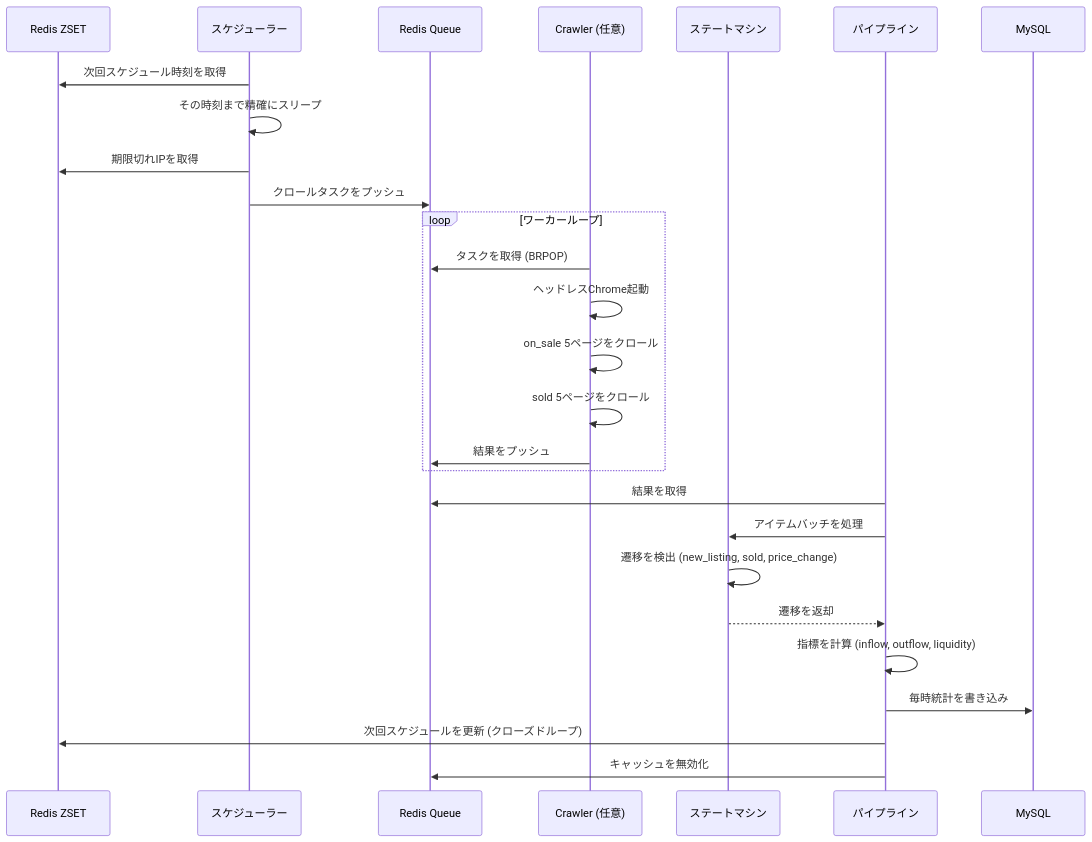
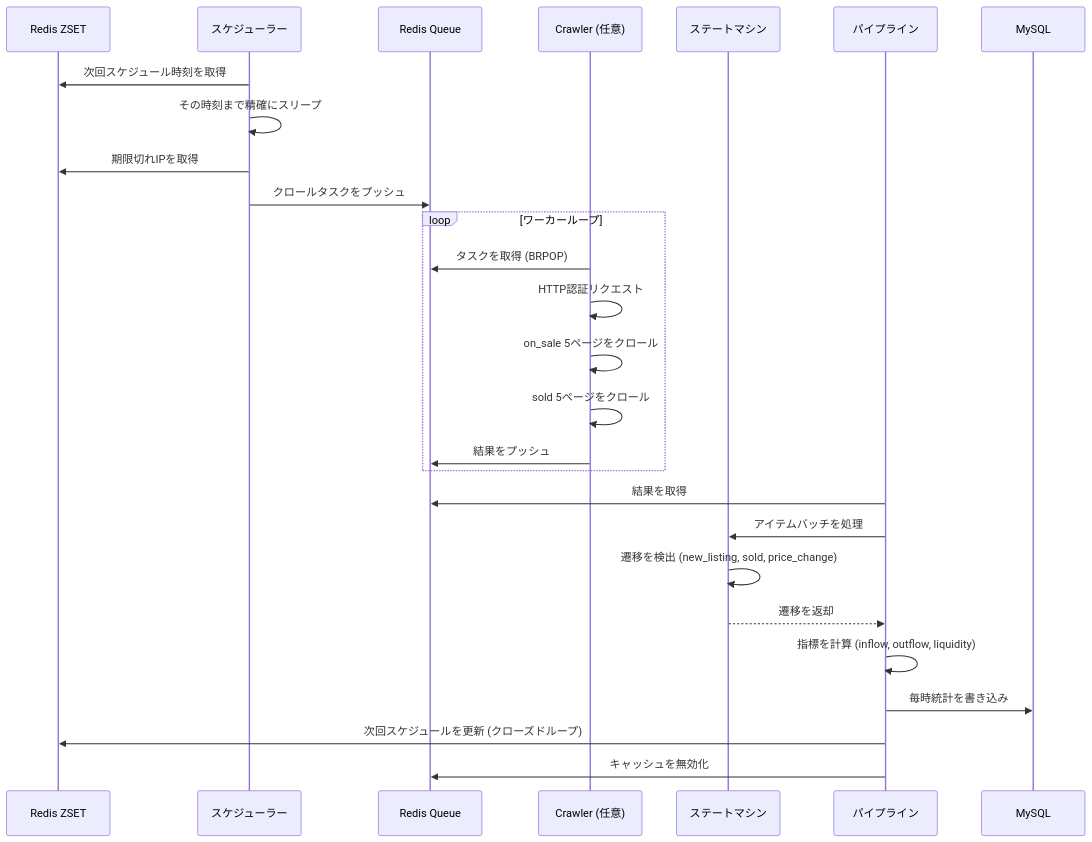
Before and after one commit to KahanaT800/animehot: the second of 2 diagrams in README.ja.md, drawn with Mermaid. The commit also changed other lines of this file and 19 other files, not shown here.

````diff
--- a/README.ja.md
+++ b/README.ja.md
@@ -95,32 +96,32 @@
 ```mermaid
 sequenceDiagram
     participant ZSET as Redis ZSET
     participant SCH as スケジューラー
     participant RQ as Redis Queue
     participant CRW as Crawler (任意)
     participant SM as ステートマシン
     participant PIP as パイプライン
     participant DB as MySQL
 
     SCH->>ZSET: 次回スケジュール時刻を取得
     SCH->>SCH: その時刻まで精確にスリープ
     SCH->>ZSET: 期限切れIPを取得
     SCH->>RQ: クロールタスクをプッシュ
 
     loop ワーカーループ
         CRW->>RQ: タスクを取得 (BRPOP)
-        CRW->>CRW: ヘッドレスChrome起動
+        CRW->>CRW: HTTP認証リクエスト
         CRW->>CRW: on_sale 5ページをクロール
         CRW->>CRW: sold 5ページをクロール
         CRW->>RQ: 結果をプッシュ
     end
 
     PIP->>RQ: 結果を取得
     PIP->>SM: アイテムバッチを処理
     SM->>SM: 遷移を検出 (new_listing, sold, price_change)
     SM-->>PIP: 遷移を返却
     PIP->>PIP: 指標を計算 (inflow, outflow, liquidity)
     PIP->>DB: 毎時統計を書き込み
     PIP->>ZSET: 次回スケジュールを更新 (クローズドループ)
     PIP->>RQ: キャッシュを無効化
 ```
````
